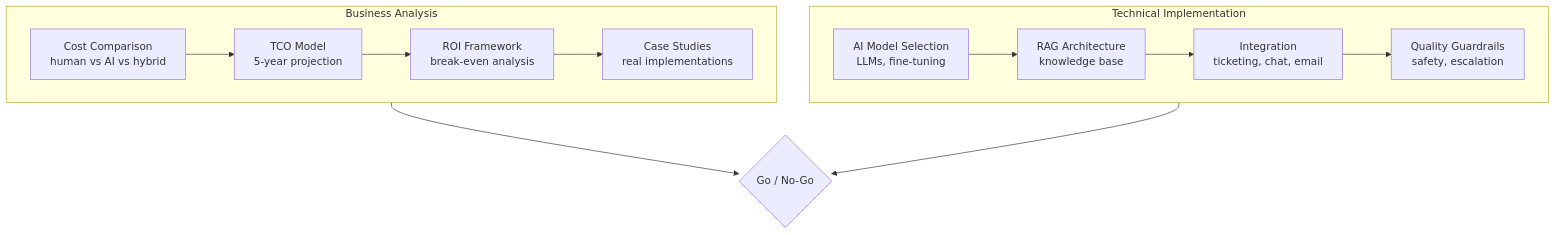
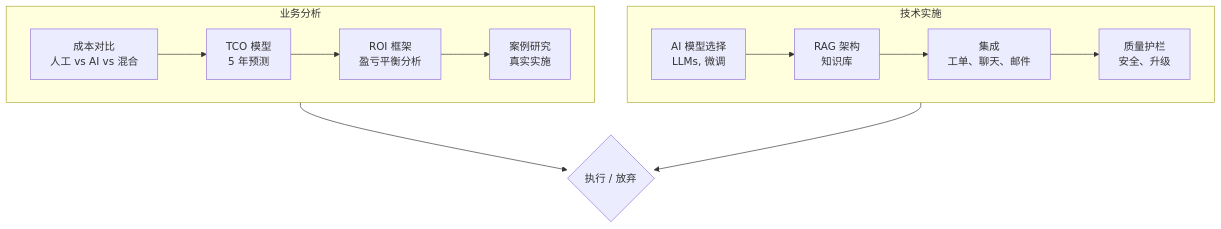
One commit to stars-labs/ai-driven-customer-service changed the first of 2 diagrams in i18n/zh/docusaurus-plugin-content-docs/current/intro.md. Above: the diagram before and after it, drawn with Mermaid. The commit also changed other lines of this file and 15 other files, not shown here.

````diff
--- a/i18n/zh/docusaurus-plugin-content-docs/current/intro.md
+++ b/i18n/zh/docusaurus-plugin-content-docs/current/intro.md
@@ -18,17 +18,17 @@
 ```mermaid
 flowchart TB
-    subgraph Business["Business Analysis"]
-        A[Cost Comparison<br/>human vs AI vs hybrid] --> B[TCO Model<br/>5-year projection]
-        B --> C[ROI Framework<br/>break-even analysis]
-        C --> D[Case Studies<br/>real implementations]
+    subgraph Business["业务分析"]
+        A[成本对比<br/>人工 vs AI vs 混合] --> B[TCO 模型<br/>5 年预测]
+        B --> C[ROI 框架<br/>盈亏平衡分析]
+        C --> D[案例研究<br/>真实实施]
     end
 
-    subgraph Technical["Technical Implementation"]
-        E[AI Model Selection<br/>LLMs, fine-tuning] --> F[RAG Architecture<br/>knowledge base]
-        F --> G[Integration<br/>ticketing, chat, email]
-        G --> H[Quality Guardrails<br/>safety, escalation]
+    subgraph Technical["技术实施"]
+        E[AI 模型选择<br/>LLMs, 微调] --> F[RAG 架构<br/>知识库]
+        F --> G[集成<br/>工单、聊天、邮件]
+        G --> H[质量护栏<br/>安全、升级]
     end
 
-    Business --> Decision{Go / No-Go}
+    Business --> Decision{执行 / 放弃}
     Technical --> Decision
 ```
````
